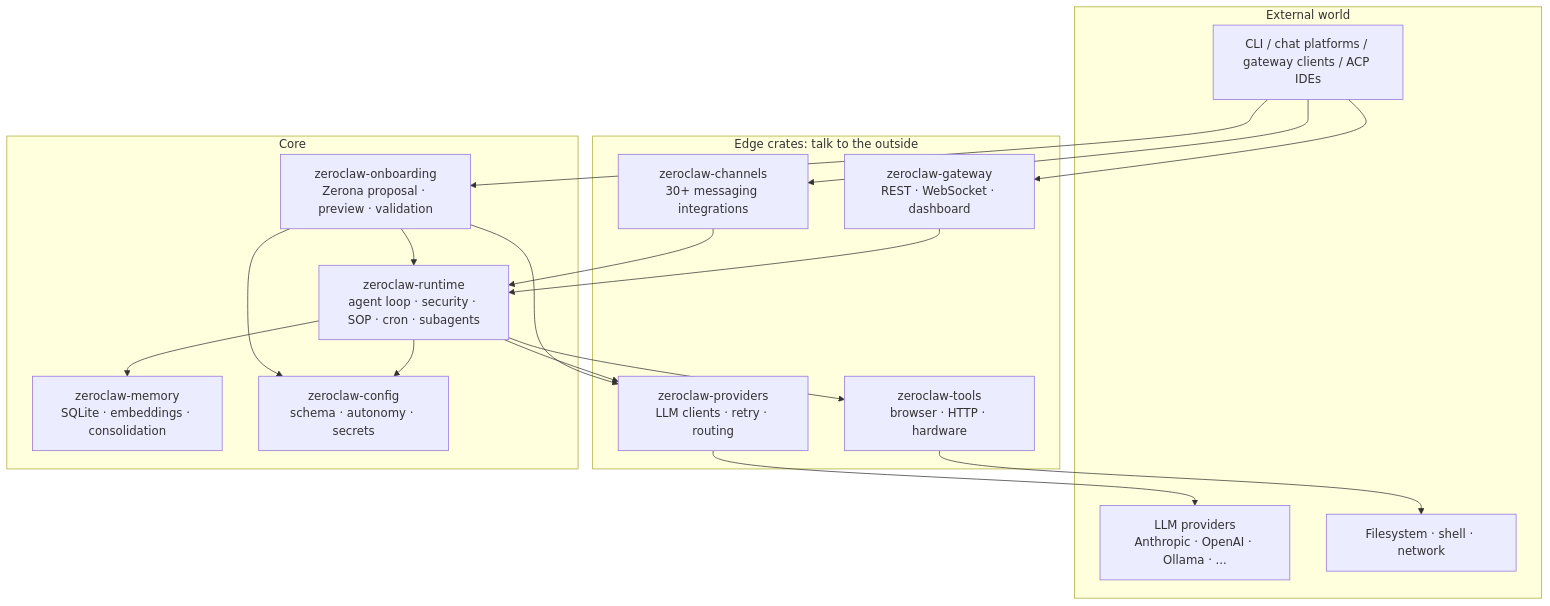
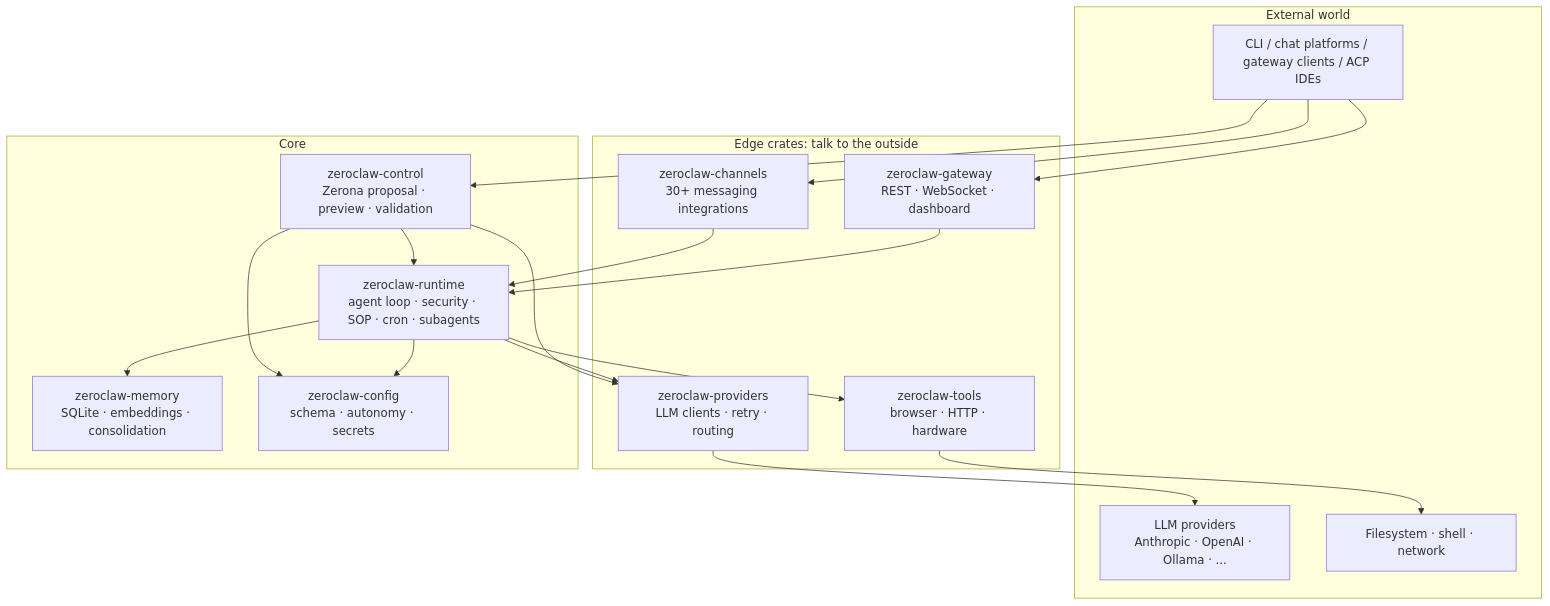
The first of 2 diagrams in docs/book/src/architecture/overview.md (JordanTheJet/zeroclaw), drawn with Mermaid before and after one commit. The commit also changed other lines of this file and 13 other files, not shown here.

First line of the commit message:
refactor(control): rename zeroclaw-onboarding crate to zeroclaw-control

````diff
--- a/docs/book/src/architecture/overview.md
+++ b/docs/book/src/architecture/overview.md
@@ -7,37 +7,37 @@
 ```mermaid
 flowchart TB
     subgraph External["External world"]
         UI["CLI / chat platforms / gateway clients / ACP IDEs"]
         LLM["LLM providers<br/>Anthropic · OpenAI · Ollama · ..."]
         FS["Filesystem · shell · network"]
     end
 
     subgraph Edges["Edge crates: talk to the outside"]
         CH["zeroclaw-channels<br/>30+ messaging integrations"]
         GW["zeroclaw-gateway<br/>REST · WebSocket · dashboard"]
         PR["zeroclaw-providers<br/>LLM clients · retry · routing"]
         TL["zeroclaw-tools<br/>browser · HTTP · hardware"]
     end
 
     subgraph Core["Core"]
-        ONB["zeroclaw-onboarding<br/>Zerona proposal · preview · validation"]
+        ONB["zeroclaw-control<br/>Zerona proposal · preview · validation"]
         RT["zeroclaw-runtime<br/>agent loop · security · SOP · cron · subagents"]
         MEM["zeroclaw-memory<br/>SQLite · embeddings · consolidation"]
         CFG["zeroclaw-config<br/>schema · autonomy · secrets"]
     end
 
     UI --> ONB
     UI --> CH
     UI --> GW
     CH --> RT
     GW --> RT
     ONB --> PR
     ONB --> RT
     ONB --> CFG
     RT --> PR
     RT --> TL
     RT --> MEM
     RT --> CFG
     PR --> LLM
     TL --> FS
 ```
````
